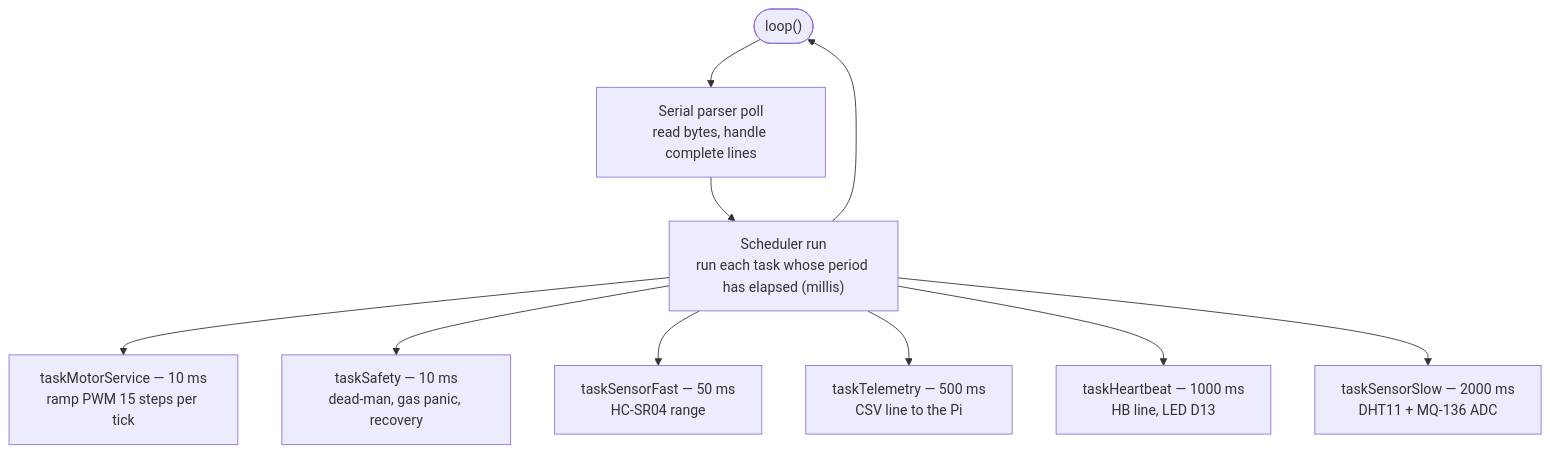
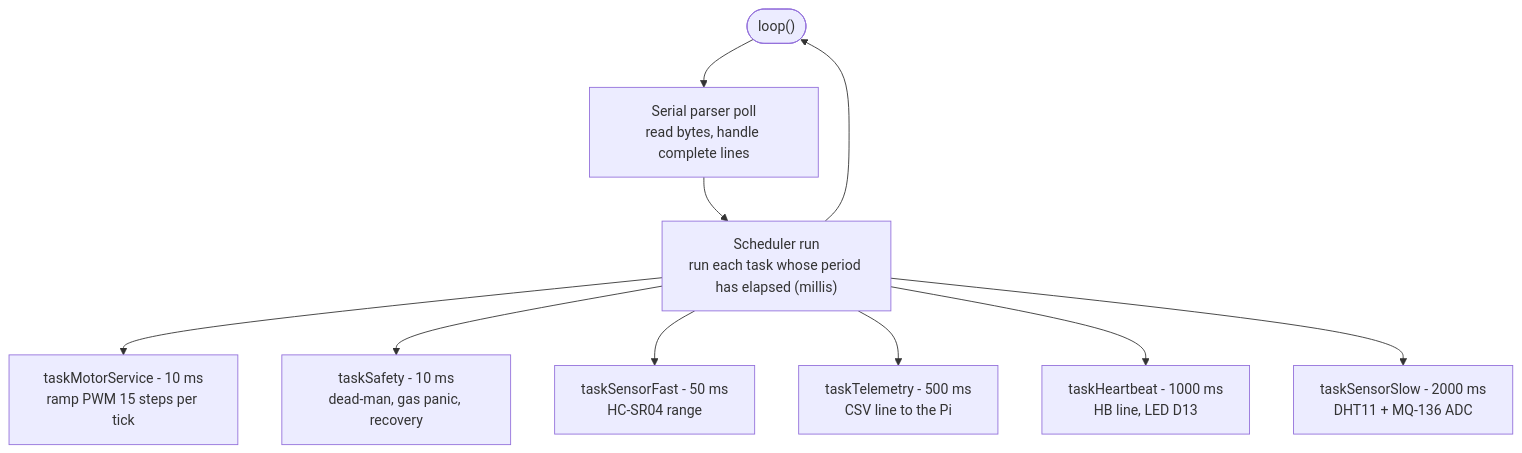
One commit to baiust999/robort-code-from-pi changed the eighth of 14 diagrams in research paper/methodology_diagrams.md. Above: the diagram before and after it, drawn with Mermaid. The commit also changed other lines of this file and 4 other files, not shown here.

````diff
--- a/research paper/methodology_diagrams.md
+++ b/research paper/methodology_diagrams.md
@@ -283,13 +283,13 @@
 ```mermaid
 flowchart TB
     L(["loop()"]) --> PP["Serial parser poll<br/>read bytes, handle complete lines"]
     PP --> SR["Scheduler run<br/>run each task whose period has elapsed (millis)"]
     SR --> L
 
-    SR --> T1["taskMotorService — 10 ms<br/>ramp PWM 15 steps per tick"]
-    SR --> T2["taskSafety — 10 ms<br/>dead-man, gas panic, recovery"]
-    SR --> T3["taskSensorFast — 50 ms<br/>HC-SR04 range"]
-    SR --> T4["taskTelemetry — 500 ms<br/>CSV line to the Pi"]
-    SR --> T5["taskHeartbeat — 1000 ms<br/>HB line, LED D13"]
-    SR --> T6["taskSensorSlow — 2000 ms<br/>DHT11 + MQ-136 ADC"]
+    SR --> T1["taskMotorService - 10 ms<br/>ramp PWM 15 steps per tick"]
+    SR --> T2["taskSafety - 10 ms<br/>dead-man, gas panic, recovery"]
+    SR --> T3["taskSensorFast - 50 ms<br/>HC-SR04 range"]
+    SR --> T4["taskTelemetry - 500 ms<br/>CSV line to the Pi"]
+    SR --> T5["taskHeartbeat - 1000 ms<br/>HB line, LED D13"]
+    SR --> T6["taskSensorSlow - 2000 ms<br/>DHT11 + MQ-136 ADC"]
 ```
````
